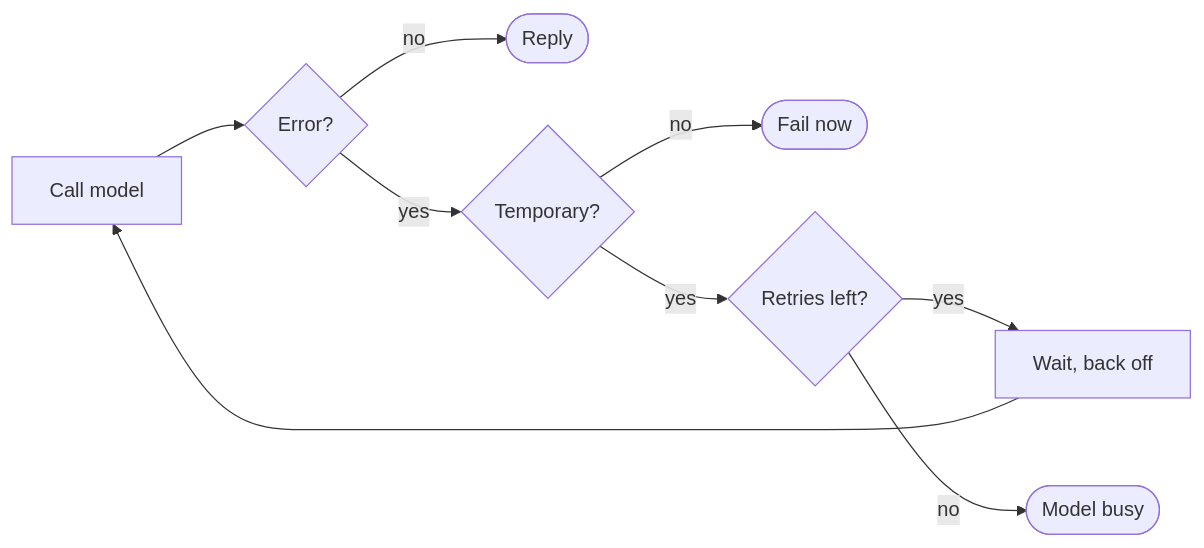
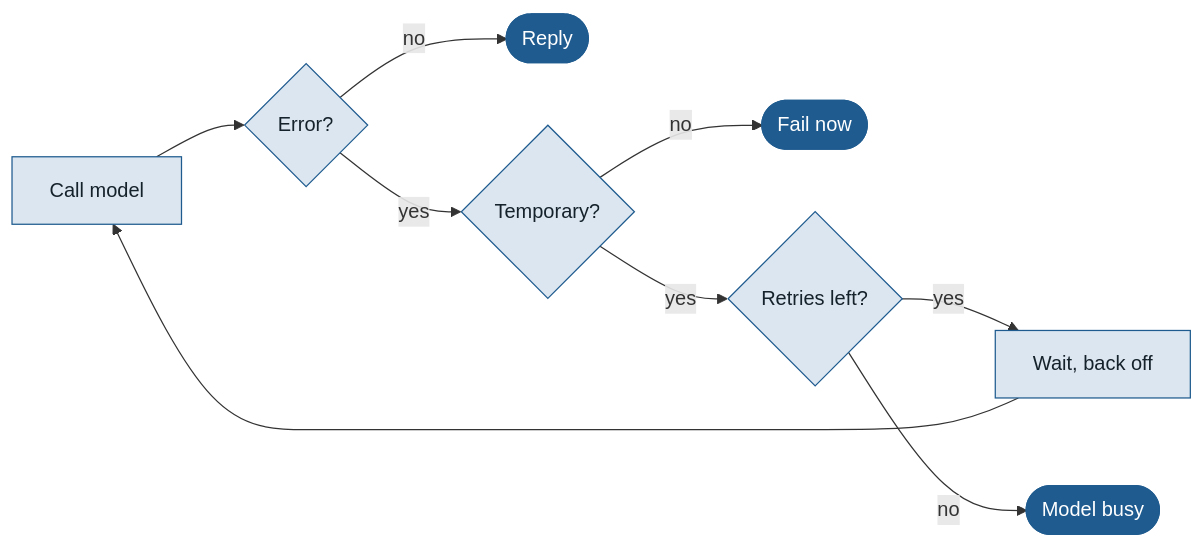
Before and after one commit to manjuv03/Personalized-AI-Assistant-with-Contextual-Recall: the fifth of 6 diagrams in PROJECT_REPORT.md, drawn with Mermaid. The commit also changed other lines of this file and 2 other files, not shown here.

Commit message:
Polish README and colour the diagrams

````diff
--- a/PROJECT_REPORT.md
+++ b/PROJECT_REPORT.md
@@ -207,10 +219,14 @@
 ```mermaid
 flowchart LR
     A[Call model] --> B{Error?}
     B -- no --> Z([Reply])
     B -- yes --> C{Temporary?}
     C -- no --> X([Fail now])
     C -- yes --> D{Retries left?}
     D -- yes --> W[Wait, back off] --> A
     D -- no --> Y(["Model busy"])
+    classDef default fill:#dbe6f0,stroke:#1f5b8f,color:#15212b
+    classDef io fill:#1f5b8f,stroke:#1f5b8f,color:#ffffff
+    classDef store fill:#a8661a,stroke:#a8661a,color:#ffffff
+    class X,Y,Z io
 ```
````
